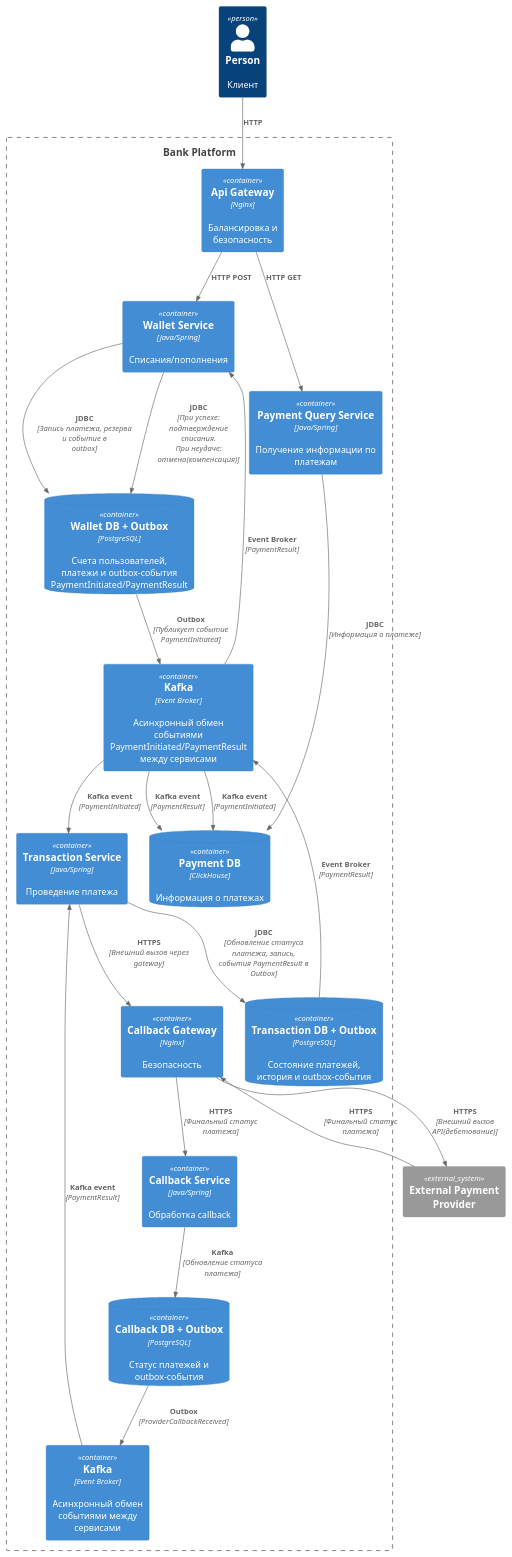
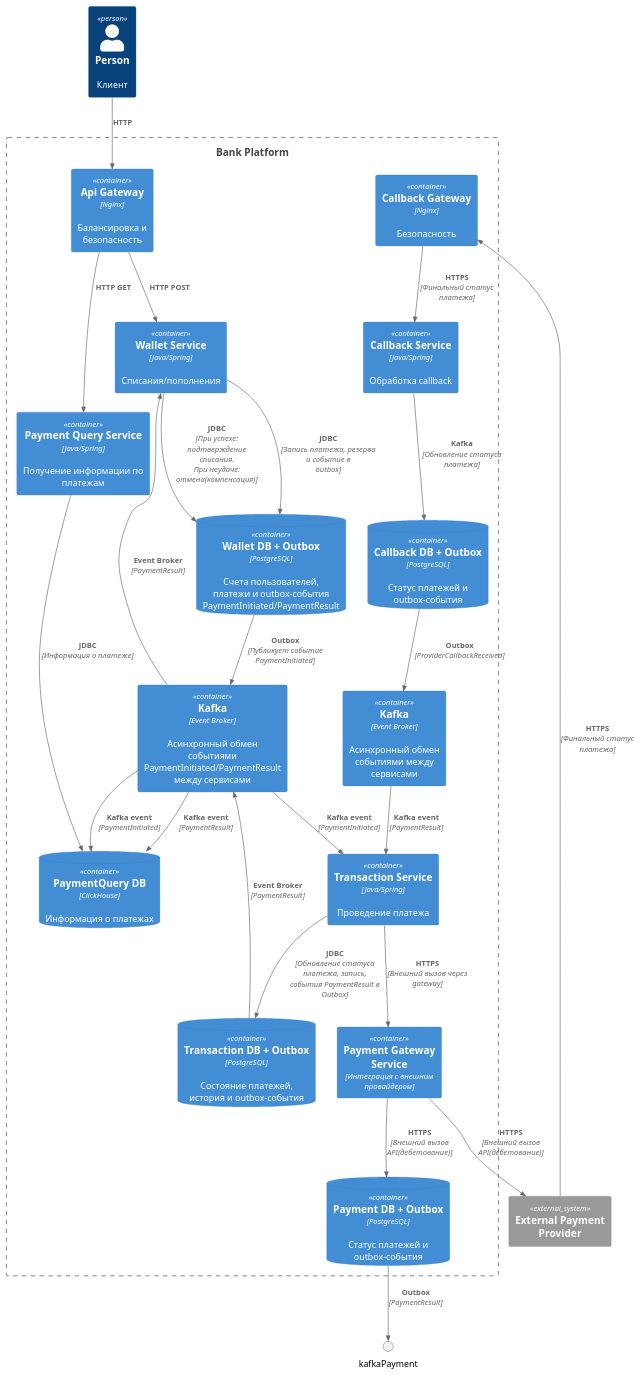
The diagram in task2/C2.puml (vaneks/System-design), drawn with PlantUML before and after one commit. The commit also changed 5 other files, not shown here.

```diff
--- a/task2/C2.puml
+++ b/task2/C2.puml
@@ -1,47 +1,51 @@
 @startuml
 !include https://raw.githubusercontent.com/plantuml-stdlib/C4-PlantUML/master/C4_Container.puml
 
 Person(person, "Person", "Клиент")
 
 Boundary(internal, "Bank Platform") {
   Container(apiGw, "Api Gateway", "Nginx", "Балансировка и безопасность")
   Container(wallet, "Wallet Service", "Java/Spring", "Списания/пополнения")
   Container(transaction, "Transaction Service", "Java/Spring", "Проведение платежа")
+  Container(payment, "Payment Gateway Service", "Интеграция с внешним провайдером")
   Container(callback, "Callback Service", "Java/Spring", "Обработка callback")
   Container(callbackGw, "Callback Gateway", "Nginx", "Безопасность")
-  Container(payment, "Payment Query Service", "Java/Spring", "Получение информации по платежам")
+  Container(paymentQuery, "Payment Query Service", "Java/Spring", "Получение информации по платежам")
 
   ContainerDb(walletDb, "Wallet DB + Outbox", "PostgreSQL", "Счета пользователей, платежи и outbox-события PaymentInitiated/PaymentResult")
   ContainerDb(transactionDb, "Transaction DB + Outbox", "PostgreSQL", "Состояние платежей, история и outbox-события")
   ContainerDb(callbackDb, "Callback DB + Outbox", "PostgreSQL", "Статус платежей и outbox-события")
-  ContainerDb(paymentDb, "Payment DB", "ClickHouse", "Информация о платежах")
+  ContainerDb(paymentDb, "Payment DB + Outbox", "PostgreSQL", "Статус платежей и outbox-события")
+  ContainerDb(paymentQueryDb, "PaymentQuery DB", "ClickHouse", "Информация о платежах")
 
   Container(kafkaWallet, "Kafka", "Event Broker", "Асинхронный обмен событиями PaymentInitiated/PaymentResult между сервисами")
   Container(kafkaCallback, "Kafka", "Event Broker", "Асинхронный обмен событиями между сервисами")
 }
 
 
 System_Ext(extPayment, "External Payment Provider")
 
 Rel(person, apiGw, "HTTP")
 Rel(apiGw, wallet, "HTTP POST")
-Rel(apiGw, payment, "HTTP GET")
+Rel(apiGw, paymentQuery, "HTTP GET")
 Rel(wallet, walletDb, "JDBC", "Запись платежа, резерва и событие в outbox")
 Rel(wallet, walletDb, "JDBC", "При успехе: подтверждение списания. При неудаче: отмена(компенсация)")
 Rel(walletDb, kafkaWallet, "Outbox", "Публикует событие PaymentInitiated")
 Rel(kafkaWallet, transaction, "Kafka event", "PaymentInitiated")
 Rel(kafkaWallet, wallet, "Event Broker", "PaymentResult")
-Rel(transaction, callbackGw, "HTTPS", "Внешний вызов через gateway")
-Rel(callbackGw, extPayment, "HTTPS", "Внешний вызов API(дебетование)")
+Rel(transaction, payment, "HTTPS", "Внешний вызов через gateway")
+Rel(payment, extPayment, "HTTPS", "Внешний вызов API(дебетование)")
+Rel(payment, paymentDb, "HTTPS", "Внешний вызов API(дебетование)")
+Rel(paymentDb, kafkaPayment, "Outbox", "PaymentResult")
 Rel(extPayment, callbackGw, "HTTPS", "Финальный статус платежа")
 Rel(callbackGw, callback, "HTTPS", "Финальный статус платежа")
 Rel(kafkaCallback, transaction, "Kafka event", "PaymentResult")
-Rel(kafkaWallet, paymentDb, "Kafka event", "PaymentInitiated")
-Rel(kafkaWallet, paymentDb, "Kafka event", "PaymentResult")
+Rel(kafkaWallet, paymentQueryDb, "Kafka event", "PaymentInitiated")
+Rel(kafkaWallet, paymentQueryDb, "Kafka event", "PaymentResult")
 Rel(callback, callbackDb, "Kafka", "Обновление статуса платежа")
 Rel(callbackDb, kafkaCallback, "Outbox", "ProviderCallbackReceived")
-Rel(payment, paymentDb, "JDBC", "Информация о платеже")
+Rel(paymentQuery, paymentQueryDb, "JDBC", "Информация о платеже")
 Rel(transaction, transactionDb, "JDBC", "Обновление статуса платежа, запись, события PaymentResult в Outbox")
 Rel(transactionDb, kafkaWallet, "Event Broker", "PaymentResult")
 
 @enduml
```
